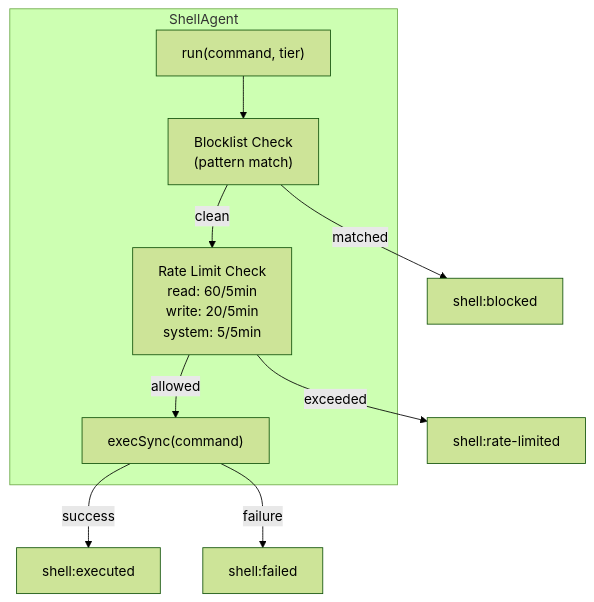
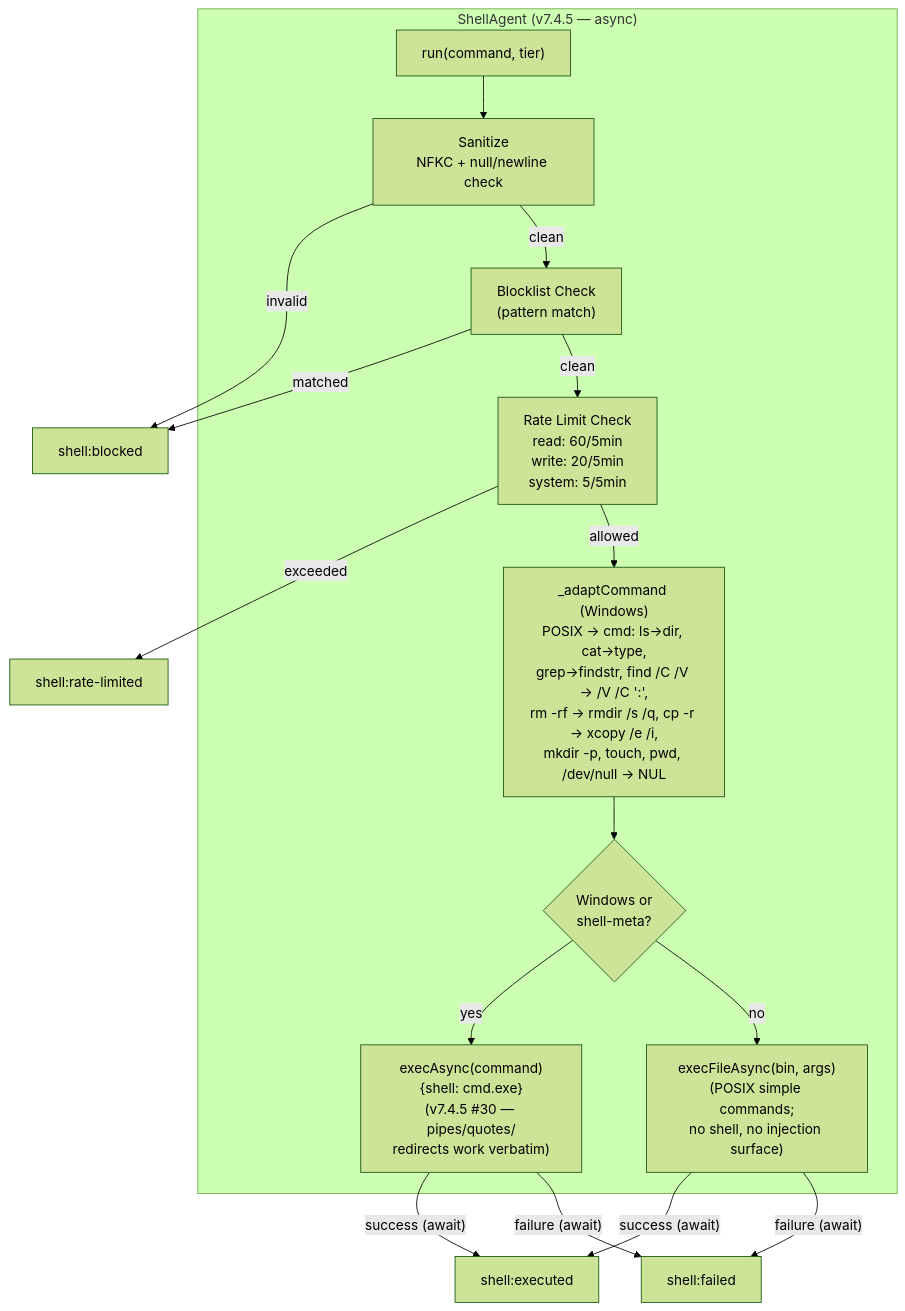
Before and after one commit to Garrus800-stack/genesis-agent: the eighth of 8 diagrams in docs/EVENT-FLOW.md, drawn with Mermaid (forest theme). The commit also changed other lines of this file and 7 other files, not shown here.

````diff
--- a/docs/EVENT-FLOW.md
+++ b/docs/EVENT-FLOW.md
@@ -495,17 +507,28 @@
 ```mermaid
 graph TD
-    subgraph ShellAgent["ShellAgent"]
+    subgraph ShellAgent["ShellAgent (v7.4.5 — async)"]
         run["run(command, tier)"]
+        sanitize["Sanitize<br/>NFKC + null/newline check"]
         blocklist["Blocklist Check<br/>(pattern match)"]
         rateLimit["Rate Limit Check<br/>read: 60/5min<br/>write: 20/5min<br/>system: 5/5min"]
-        exec["execSync(command)"]
+        adapt["_adaptCommand (Windows)<br/>POSIX → cmd: ls→dir, cat→type,<br/>grep→findstr, find /C /V → /V /C ':',<br/>rm -rf → rmdir /s /q, cp -r → xcopy /e /i,<br/>mkdir -p, touch, pwd, /dev/null → NUL"]
+        branch{"Windows or<br/>shell-meta?"}
+        execShell["execAsync(command)<br/>{shell: cmd.exe}<br/>(v7.4.5 #30 — pipes/quotes/<br/>redirects work verbatim)"]
+        execFile["execFileAsync(bin, args)<br/>(POSIX simple commands;<br/>no shell, no injection surface)"]
     end
 
-    run --> blocklist
-    blocklist -->|"matched"| blocked["shell:blocked"]
+    run --> sanitize
+    sanitize -->|"invalid"| blocked["shell:blocked"]
+    sanitize -->|"clean"| blocklist
+    blocklist -->|"matched"| blocked
     blocklist -->|"clean"| rateLimit
     rateLimit -->|"exceeded"| rateLimited["shell:rate-limited"]
-    rateLimit -->|"allowed"| exec
-    exec -->|"success"| executed["shell:executed"]
-    exec -->|"failure"| failed["shell:failed"]
+    rateLimit -->|"allowed"| adapt
+    adapt --> branch
+    branch -->|"yes"| execShell
+    branch -->|"no"| execFile
+    execShell -->|"success (await)"| executed["shell:executed"]
+    execShell -->|"failure (await)"| failed["shell:failed"]
+    execFile -->|"success (await)"| executed
+    execFile -->|"failure (await)"| failed
 ```
````
